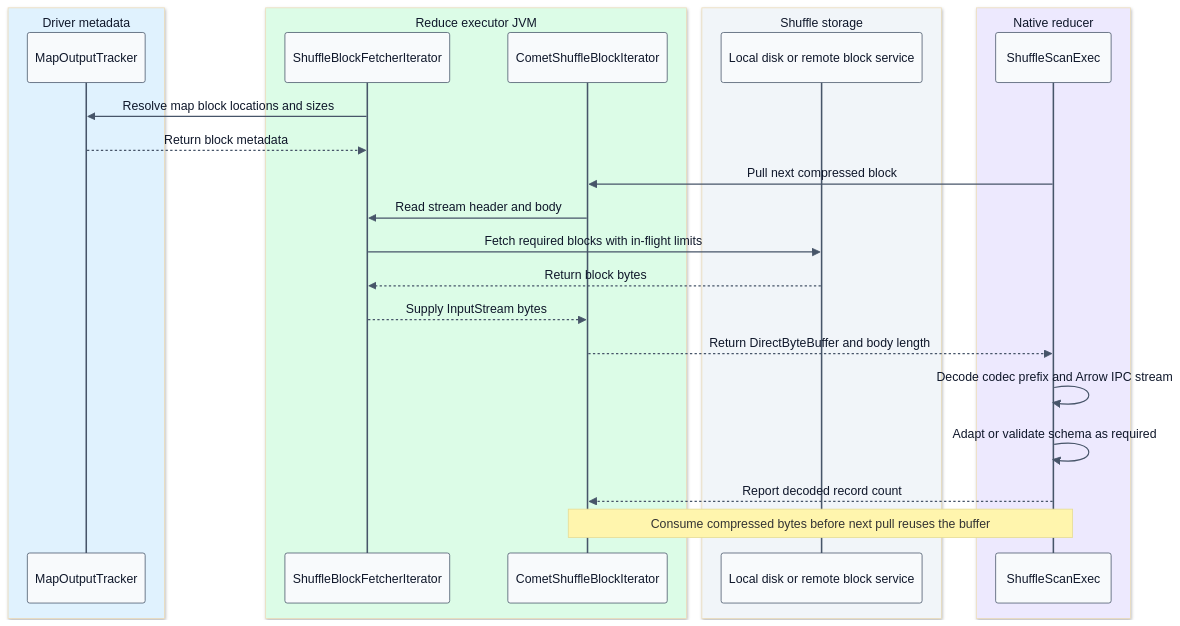
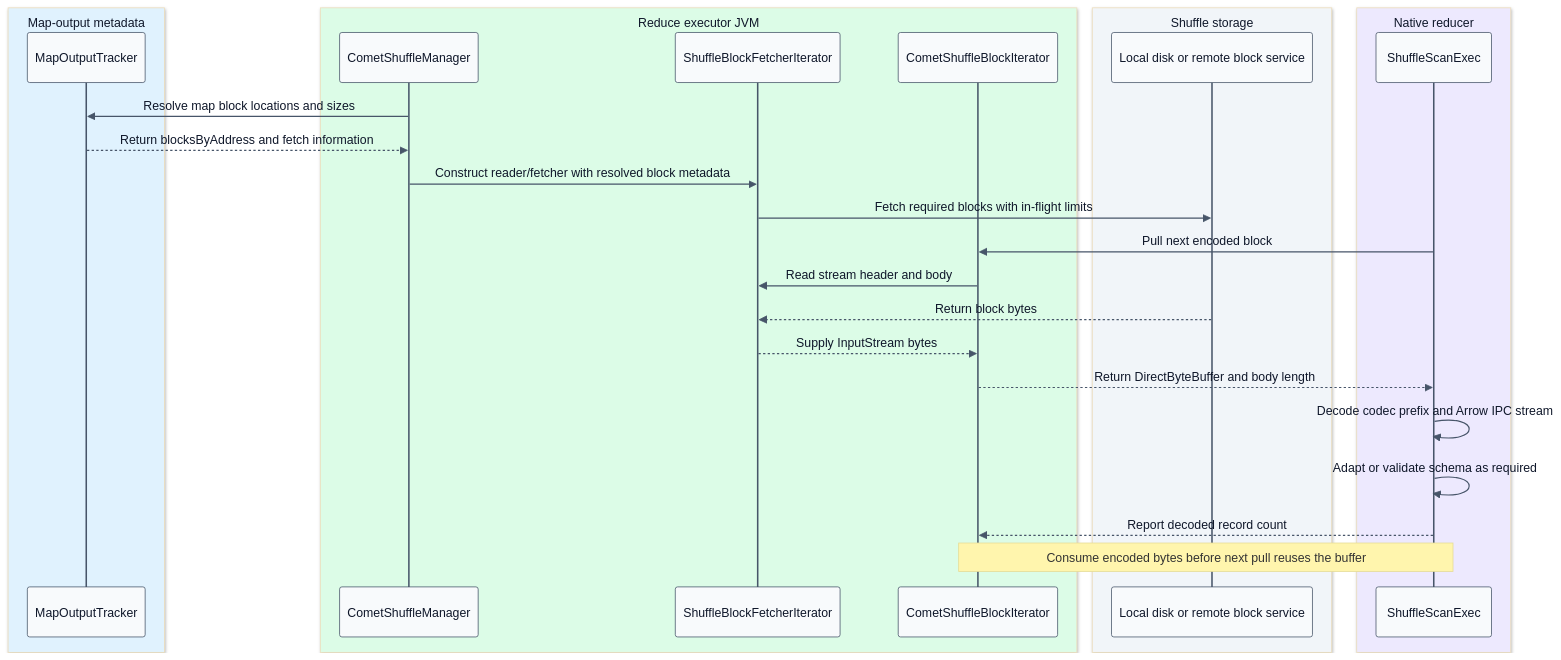
One commit to Shekharrajak/iceberg-notes changed the fifth of 5 diagrams in iceberg-batch-pipeline/05-distributed-execution.md. Above: the diagram before and after it, drawn with Mermaid. The commit also changed other lines of this file and 72 other files, not shown here.

````diff
--- a/iceberg-batch-pipeline/05-distributed-execution.md
+++ b/iceberg-batch-pipeline/05-distributed-execution.md
@@ -199,29 +202,31 @@
 ```mermaid
 %%{init: {"theme":"base","themeVariables":{"fontFamily":"Ubuntu, Arial, sans-serif","fontSize":"15px","primaryTextColor":"#0f172a","lineColor":"#64748b","actorBkg":"#f8fafc","actorBorder":"#475569","actorTextColor":"#0f172a","signalColor":"#475569","signalTextColor":"#0f172a"}}}%%
 sequenceDiagram
-  box rgb(224, 242, 254) Driver metadata
+  box rgb(224, 242, 254) Map-output metadata
     participant M as MapOutputTracker
   end
   box rgb(220, 252, 231) Reduce executor JVM
+    participant R as CometShuffleManager
     participant F as ShuffleBlockFetcherIterator
     participant B as CometShuffleBlockIterator
   end
   box rgb(241, 245, 249) Shuffle storage
     participant S as Local disk or remote block service
   end
   box rgb(237, 233, 254) Native reducer
     participant N as ShuffleScanExec
   end
-  F->>M: Resolve map block locations and sizes
-  M-->>F: Return block metadata
-  N->>B: Pull next compressed block
+  R->>M: Resolve map block locations and sizes
+  M-->>R: Return blocksByAddress and fetch information
+  R->>F: Construct reader/fetcher with resolved block metadata
+  F->>S: Fetch required blocks with in-flight limits
+  N->>B: Pull next encoded block
   B->>F: Read stream header and body
-  F->>S: Fetch required blocks with in-flight limits
   S-->>F: Return block bytes
   F-->>B: Supply InputStream bytes
   B-->>N: Return DirectByteBuffer and body length
   N->>N: Decode codec prefix and Arrow IPC stream
   N->>N: Adapt or validate schema as required
   N-->>B: Report decoded record count
-  Note over B,N: Consume compressed bytes before next pull reuses the buffer
+  Note over B,N: Consume encoded bytes before next pull reuses the buffer
 ```
````
